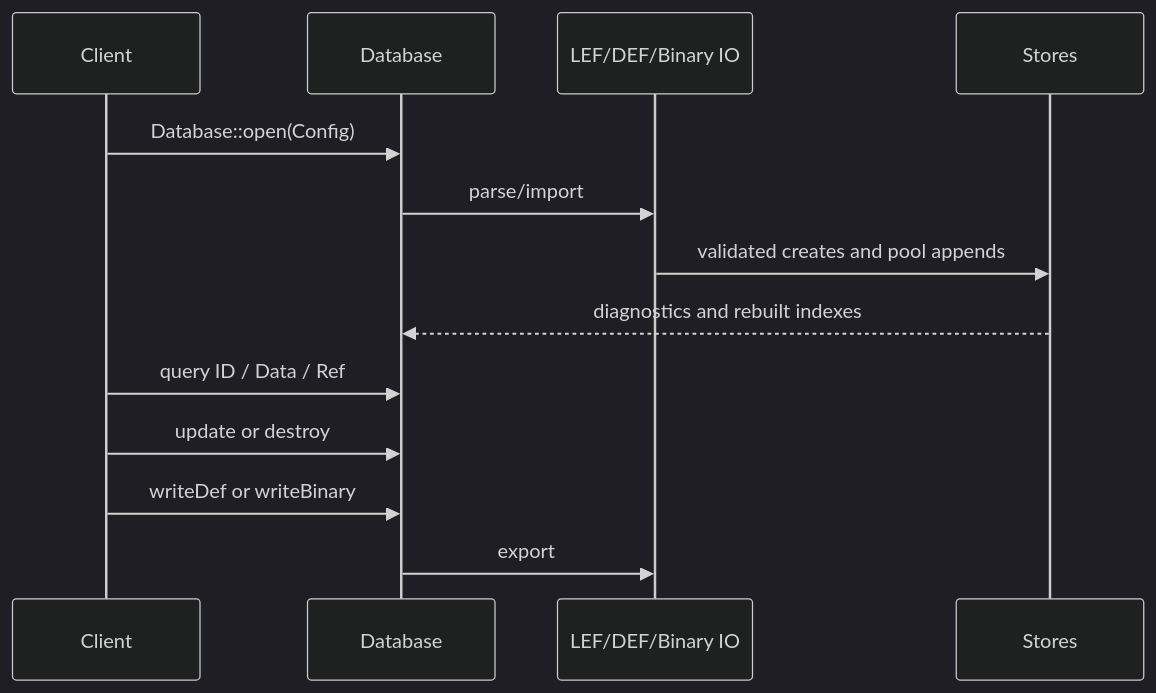
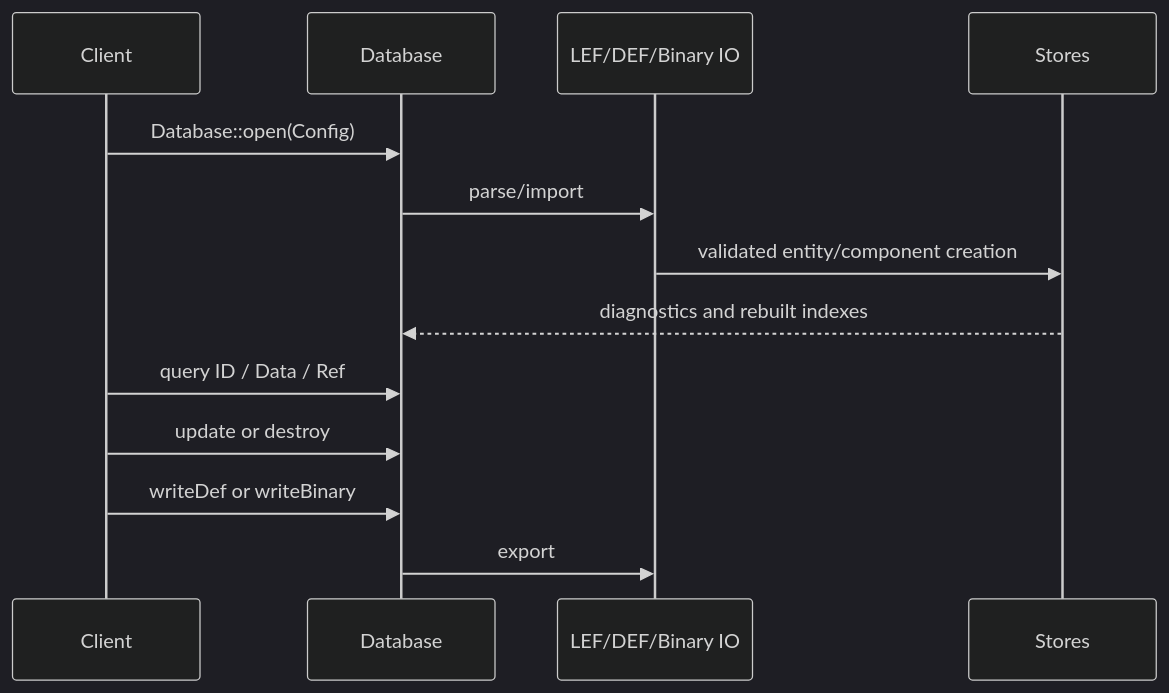
One commit to openecos-projects/ecc-tools changed the third of 3 diagrams in src/database/eccdb/doc/Architecture.en.md. Above: the diagram before and after it, drawn with Mermaid (dark theme). The commit also changed other lines of this file and 95 other files, not shown here.

````diff
--- a/src/database/eccdb/doc/Architecture.en.md
+++ b/src/database/eccdb/doc/Architecture.en.md
@@ -152,15 +151,15 @@
 ```mermaid
 sequenceDiagram
   participant C as Client
   participant D as Database
   participant I as LEF/DEF/Binary IO
   participant S as Stores
   C->>D: Database::open(Config)
   D->>I: parse/import
-  I->>S: validated creates and pool appends
+  I->>S: validated entity/component creation
   S-->>D: diagnostics and rebuilt indexes
   C->>D: query ID / Data / Ref
   C->>D: update or destroy
   C->>D: writeDef or writeBinary
   D->>I: export
 ```
````
